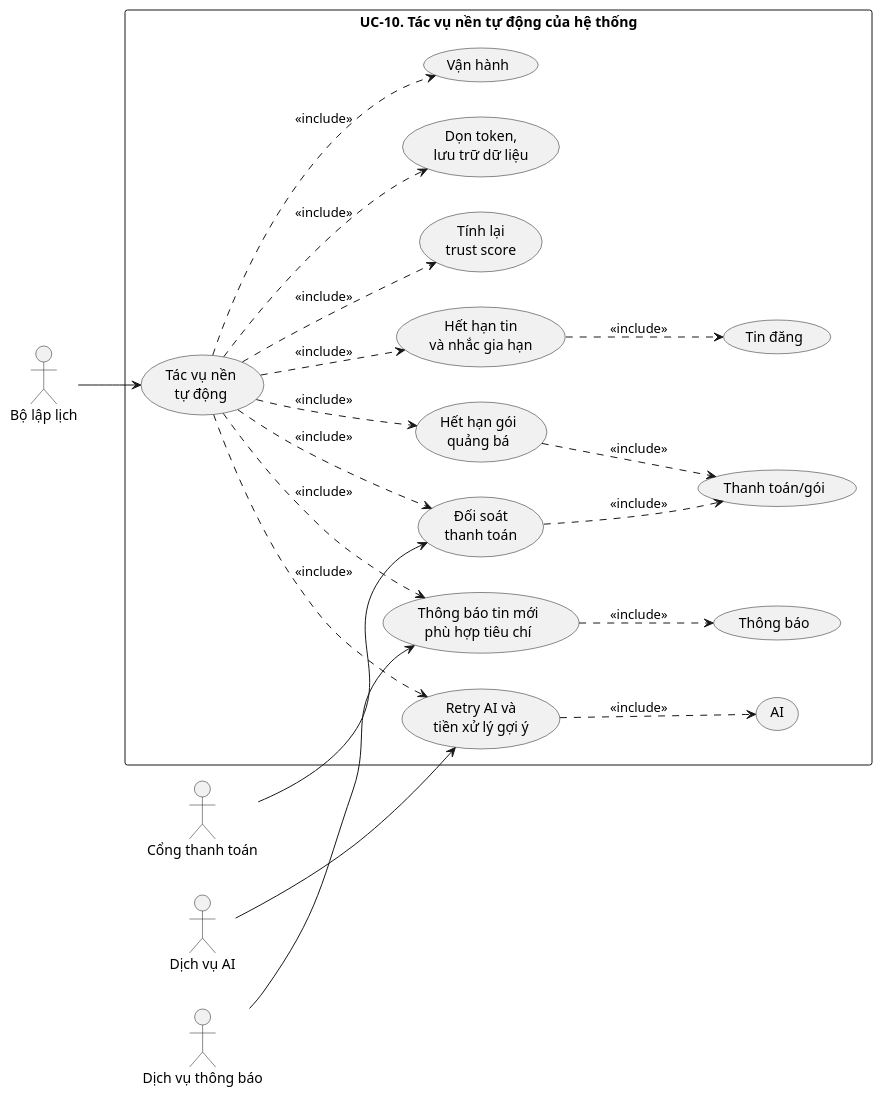
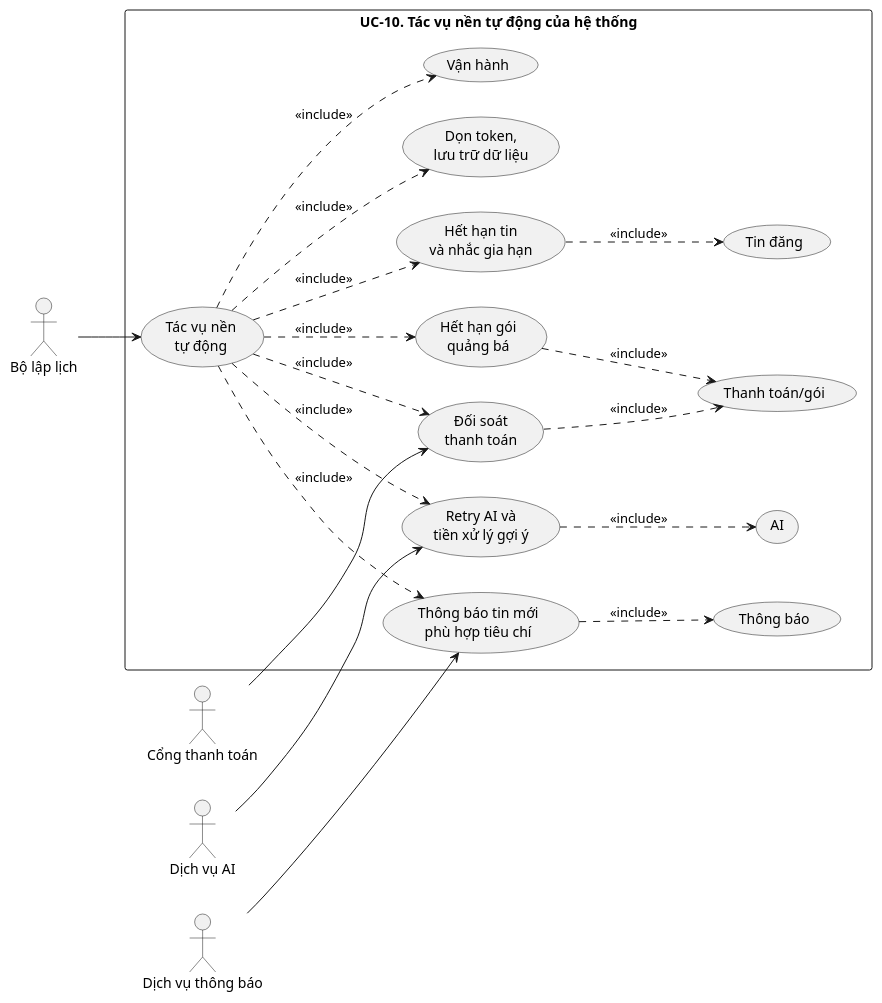
Before and after one commit to hoanxsyp/DoAnTotNghiep_Web: diagram 22 of 22 in DOANTOTNGHIEP/docs/09_BAO_CAO_USECASE_HE_THONG.md, drawn with PlantUML. The commit also changed other lines of this file and 8 other files, not shown here.

````diff
--- a/DOANTOTNGHIEP/docs/09_BAO_CAO_USECASE_HE_THONG.md
+++ b/DOANTOTNGHIEP/docs/09_BAO_CAO_USECASE_HE_THONG.md
@@ -1200,43 +1197,41 @@
 ```plantuml
 @startuml
 left to right direction
 actor "Bộ lập lịch" as Scheduler
 actor "Cổng thanh toán" as PG
 actor "Dịch vụ AI" as AI
 actor "Dịch vụ thông báo" as Notify
 
 rectangle "UC-10. Tác vụ nền tự động của hệ thống" {
   usecase "Tác vụ nền\ntự động" as Main
   usecase "Hết hạn tin\nvà nhắc gia hạn" as ListingExpiry
   usecase "Hết hạn gói\nquảng bá" as PromotionExpiry
   usecase "Đối soát\nthanh toán" as Reconcile
   usecase "Retry AI và\ntiền xử lý gợi ý" as AIRetry
-  usecase "Tính lại\ntrust score" as TrustScore
   usecase "Dọn token,\nlưu trữ dữ liệu" as Cleanup
   usecase "Thông báo tin mới\nphù hợp tiêu chí" as MatchingNotify
   usecase "Tin đăng" as UC02
   usecase "Thanh toán/gói" as UC03
   usecase "AI" as UC04
   usecase "Thông báo" as UC07
   usecase "Vận hành" as UC09
 }
 
 Scheduler --> Main
 Main ..> ListingExpiry : <<include>>
 Main ..> PromotionExpiry : <<include>>
 Main ..> Reconcile : <<include>>
 Main ..> AIRetry : <<include>>
-Main ..> TrustScore : <<include>>
 Main ..> Cleanup : <<include>>
 Main ..> MatchingNotify : <<include>>
 PG --> Reconcile
 AI --> AIRetry
 Notify --> MatchingNotify
 ListingExpiry ..> UC02 : <<include>>
 PromotionExpiry ..> UC03 : <<include>>
 Reconcile ..> UC03 : <<include>>
 AIRetry ..> UC04 : <<include>>
 MatchingNotify ..> UC07 : <<include>>
 Main ..> UC09 : <<include>>
 @enduml
 ```
````
